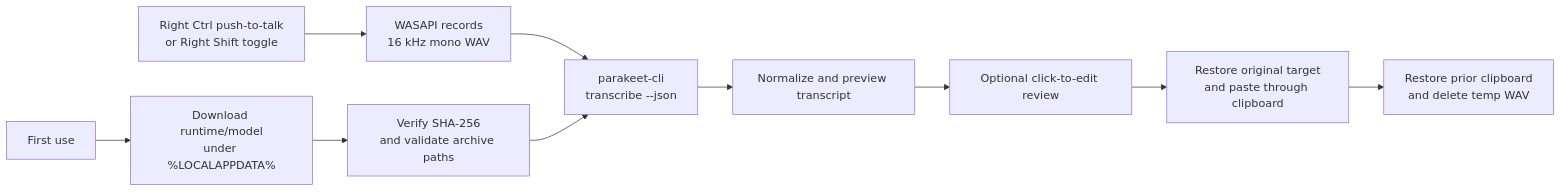
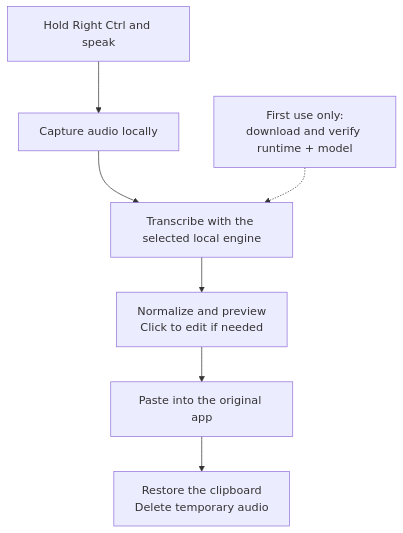
The diagram in README.md (DiscoStew6082/ptt-dictation), drawn with Mermaid before and after one commit. The commit also changed 2 other files, not shown here.

Commit message:
Fix DPI-sensitive CI tests and simplify app flow

````diff
--- a/README.md
+++ b/README.md
@@ -31,12 +31,9 @@
 ```mermaid
-flowchart LR
-    A[Right Ctrl push-to-talk<br/>or Right Shift toggle] --> B[WASAPI records<br/>16 kHz mono WAV]
-    B --> C[parakeet-cli<br/>transcribe --json]
-    C --> D[Normalize and preview transcript]
-    D --> E[Optional click-to-edit review]
-    E --> F[Restore original target<br/>and paste through clipboard]
-    F --> J[Restore prior clipboard<br/>and delete temp WAV]
-    G[First use] --> H[Download runtime/model<br/>under %LOCALAPPDATA%]
-    H --> I[Verify SHA-256<br/>and validate archive paths]
-    I --> C
+flowchart TD
+    A["Hold Right Ctrl and speak"] --> B["Capture audio locally"]
+    B --> C["Transcribe with the selected local engine"]
+    C --> D["Normalize and preview<br/>Click to edit if needed"]
+    D --> E["Paste into the original app"]
+    E --> F["Restore the clipboard<br/>Delete temporary audio"]
+    G["First use only:<br/>download and verify runtime + model"] -.-> C
 ```
````
